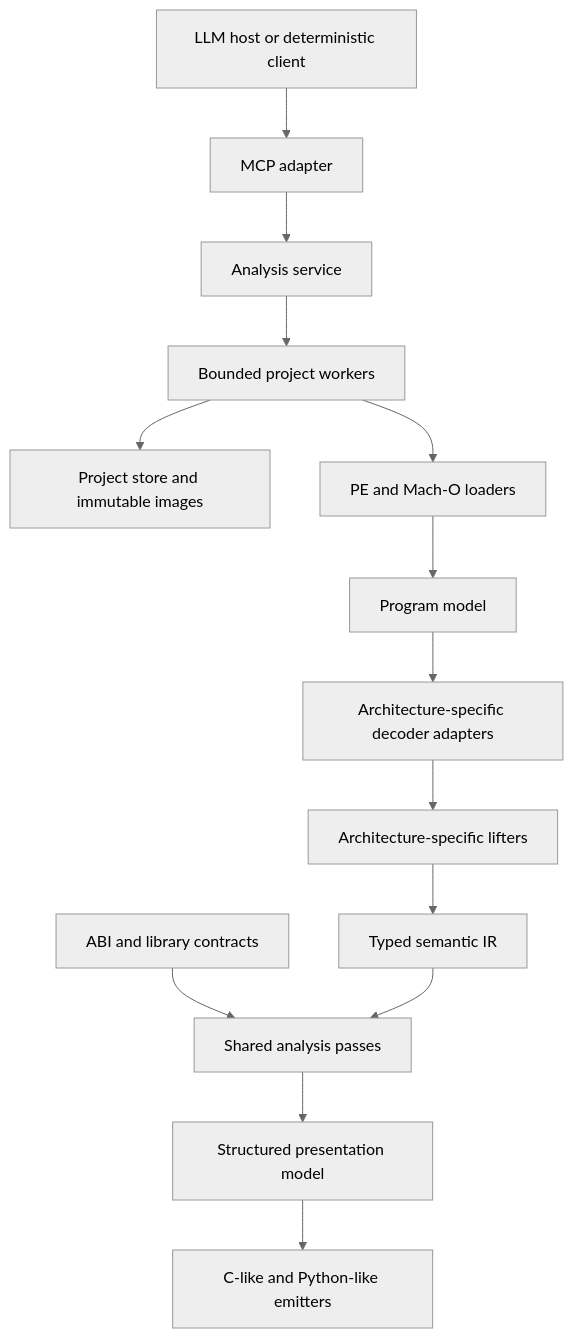
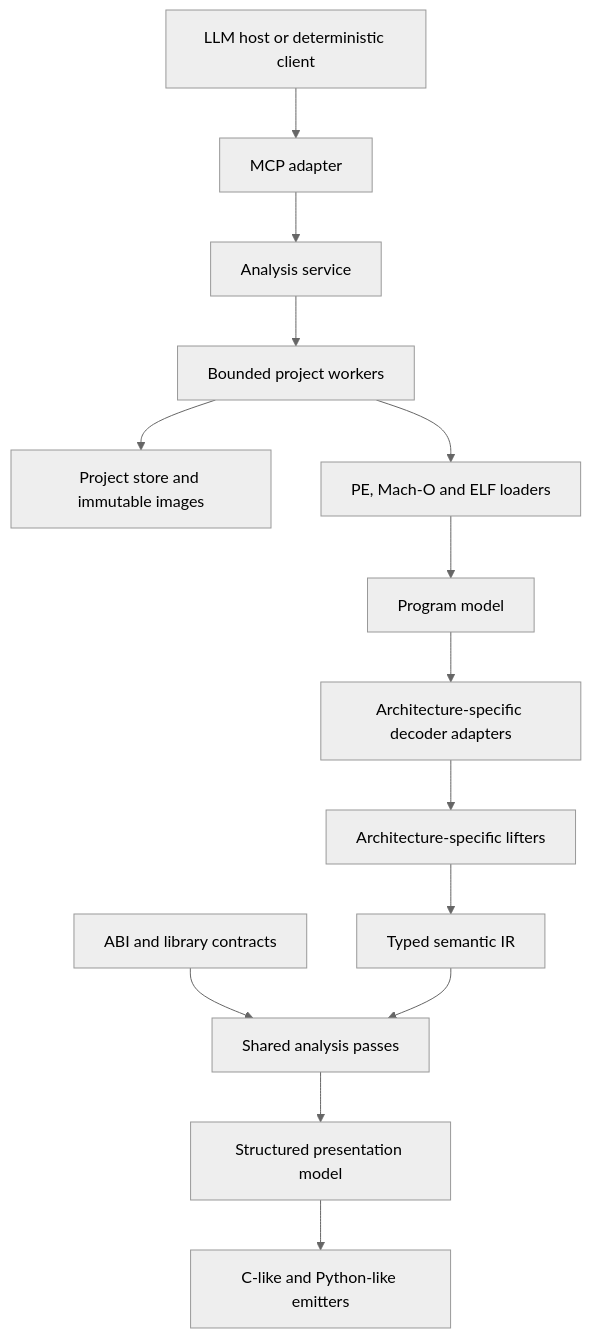
One commit to DimitriFourny/open-decomp changed the diagram in PLAN.md. Above: the diagram before and after it, drawn with Mermaid (neutral theme). The commit also changed other lines of this file and 97 other files, not shown here.

````diff
--- a/PLAN.md
+++ b/PLAN.md
@@ -80,16 +81,16 @@
 ```mermaid
 flowchart TD
     Host[LLM host or deterministic client] --> MCP[MCP adapter]
     MCP --> Service[Analysis service]
     Service --> Worker[Bounded project workers]
     Worker --> Store[Project store and immutable images]
-    Worker --> Loaders[PE and Mach-O loaders]
+    Worker --> Loaders[PE, Mach-O and ELF loaders]
     Loaders --> Model[Program model]
     Model --> Decode[Architecture-specific decoder adapters]
     Decode --> Lift[Architecture-specific lifters]
     Lift --> IR[Typed semantic IR]
     ABI[ABI and library contracts] --> Analysis[Shared analysis passes]
     IR --> Analysis
     Analysis --> Presentation[Structured presentation model]
     Presentation --> Emit[C-like and Python-like emitters]
 ```
````
